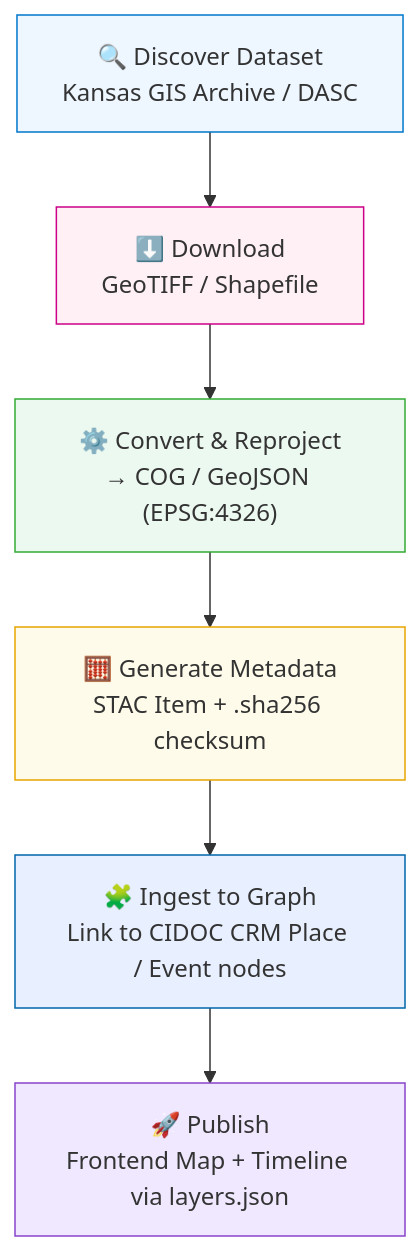
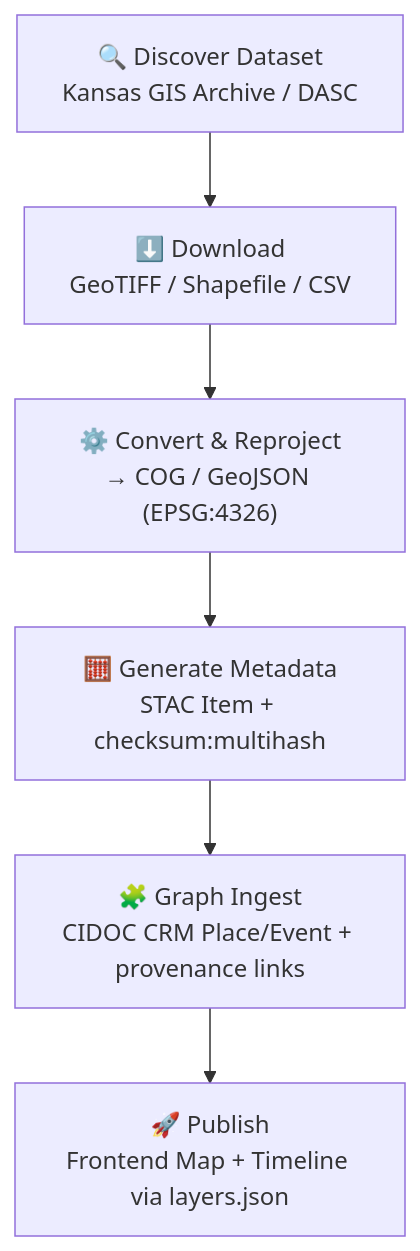
The diagram in docs/integration/gis-archive.md (bartytime4life/Kansas-Frontier-Matrix), drawn with Mermaid before and after one commit. The commit also changed other lines of this file, not shown here.

First line of the commit message:
Revise GIS Archive Integration documentation

````diff
--- a/docs/integration/gis-archive.md
+++ b/docs/integration/gis-archive.md
@@ -77,14 +126,9 @@
 ```mermaid
 flowchart TD
-  A["🔍 Discover Dataset<br/>Kansas GIS Archive / DASC"] --> B["⬇️ Download<br/>GeoTIFF / Shapefile"]
+  A["🔍 Discover Dataset<br/>Kansas GIS Archive / DASC"] --> B["⬇️ Download<br/>GeoTIFF / Shapefile / CSV"]
   B --> C["⚙️ Convert & Reproject<br/>→ COG / GeoJSON (EPSG:4326)"]
-  C --> D["🧮 Generate Metadata<br/>STAC Item + .sha256 checksum"]
-  D --> E["🧩 Ingest to Graph<br/>Link to CIDOC CRM Place / Event nodes"]
+  C --> D["🧮 Generate Metadata<br/>STAC Item + checksum:multihash"]
+  D --> E["🧩 Graph Ingest<br/>CIDOC CRM Place/Event + provenance links"]
   E --> F["🚀 Publish<br/>Frontend Map + Timeline via layers.json"]
-  style A fill:#eef7ff,stroke:#0077cc
-  style B fill:#fff0f5,stroke:#cc0088
-  style C fill:#ecf9f0,stroke:#33aa33
-  style D fill:#fffbea,stroke:#e8a500
-  style E fill:#e8f0ff,stroke:#0066aa
-  style F fill:#f0e8ff,stroke:#8844cc
+%% END OF MERMAID
 ```
````
